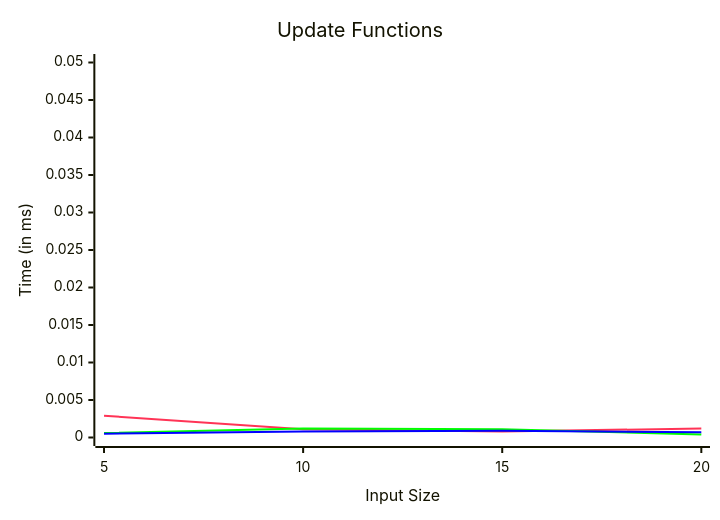
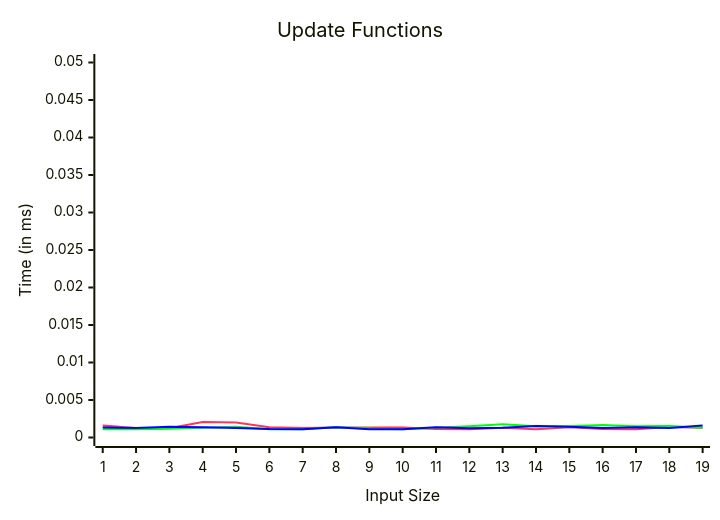
One commit to m-bock/purescript-transit changed the diagram in bench/backend-ES.md. Above: the diagram before and after it, drawn with Mermaid. The commit also changed 4 other files, not shown here.

````diff
--- a/bench/backend-ES.md
+++ b/bench/backend-ES.md
@@ -2,15 +2,15 @@
 ```mermaid
 ---
   config:
     themeVariables:
         xyChart:
             plotColorPalette: "#ff3456, #00ff00, #0000ff, #ffff00, #ff00ff, #00ffff"
 ---
 xychart
   title "Update Functions"
-  x-axis "Input Size" [5, 10, 15, 20]
+  x-axis "Input Size" [1, 2, 3, 4, 5, 6, 7, 8, 9, 10, 11, 12, 13, 14, 15, 16, 17, 18, 19]
   y-axis "Time (in ms)" 0 --> 0.05
-  line [0.0029, 0.0011, 0.0008, 0.0012]
-  line [0.0006, 0.0012, 0.0011, 0.0004]
-  line [0.0005, 0.0008, 0.0009, 0.0007]
+  line [0.0016, 0.00126, 0.00122, 0.00207, 0.00199, 0.00136, 0.00128, 0.00133, 0.00134, 0.00134, 0.00112, 0.00109, 0.00131, 0.0011, 0.00137, 0.00112, 0.00111, 0.00139, 0.00129]
+  line [0.0011, 0.00111, 0.00117, 0.00129, 0.00144, 0.00111, 0.0011, 0.00137, 0.00119, 0.00109, 0.0013, 0.00151, 0.00178, 0.00151, 0.0015, 0.00166, 0.00149, 0.00152, 0.00131]
+  line [0.00132, 0.00127, 0.00142, 0.00138, 0.00127, 0.00112, 0.00111, 0.00138, 0.00109, 0.00109, 0.00137, 0.00123, 0.00131, 0.00152, 0.00143, 0.00126, 0.00137, 0.00127, 0.0016]
 ```
````
